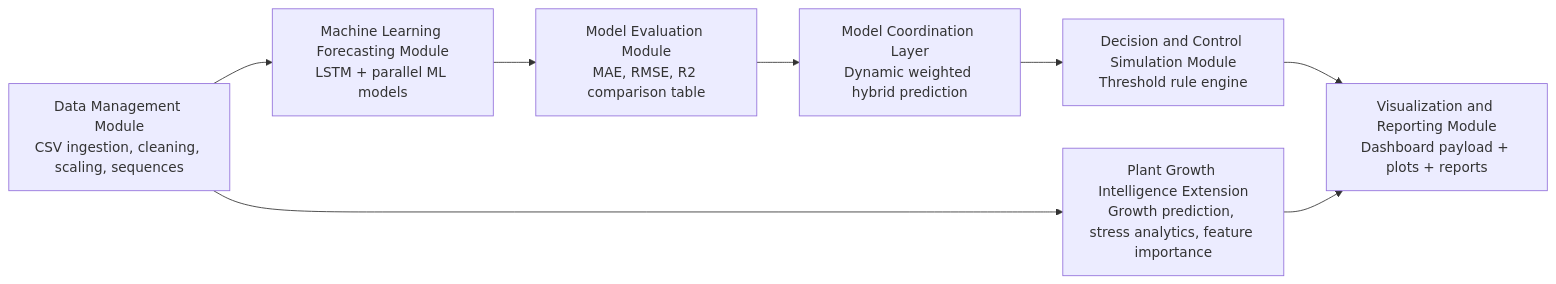
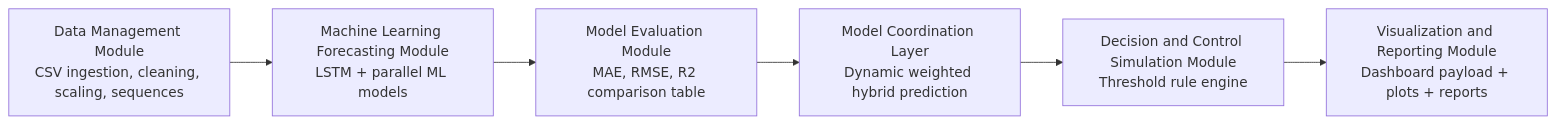
Before and after one commit to abhiveeramallu/GreenHouseMicroClimateForcastingModel: the diagram in docs/hybrid_system_architecture.md, drawn with Mermaid. The commit also changed other lines of this file and 25 other files, not shown here.

First line of the commit message:
Clean up project: remove unused files and plant intelligence code

````diff
--- a/docs/hybrid_system_architecture.md
+++ b/docs/hybrid_system_architecture.md
@@ -3,13 +3,17 @@
 ```mermaid
 flowchart LR
-    A[Data Management Module\nCSV ingestion, cleaning, scaling, sequences]
-    B[Machine Learning Forecasting Module\nLSTM + parallel ML models]
-    C[Model Evaluation Module\nMAE, RMSE, R2 comparison table]
-    D[Model Coordination Layer\nDynamic weighted hybrid prediction]
-    E[Decision and Control Simulation Module\nThreshold rule engine]
-    F[Visualization and Reporting Module\nDashboard payload + plots + reports]
-    G[Plant Growth Intelligence Extension\nGrowth prediction, stress analytics, feature importance]
+    A[Data Management Module
+CSV ingestion, cleaning, scaling, sequences]
+    B[Machine Learning Forecasting Module
+LSTM + parallel ML models]
+    C[Model Evaluation Module
+MAE, RMSE, R2 comparison table]
+    D[Model Coordination Layer
+Dynamic weighted hybrid prediction]
+    E[Decision and Control Simulation Module
+Threshold rule engine]
+    F[Visualization and Reporting Module
+Dashboard payload + plots + reports]
 
     A --> B --> C --> D --> E --> F
-    A --> G --> F
 ```
````
